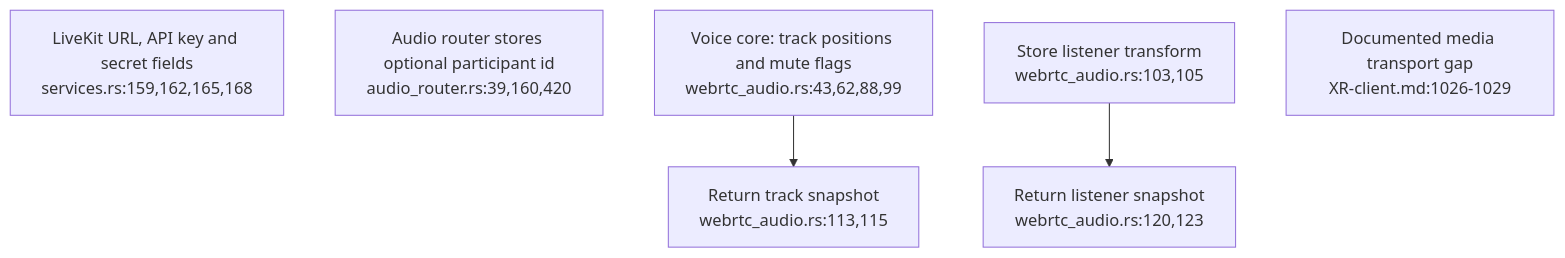
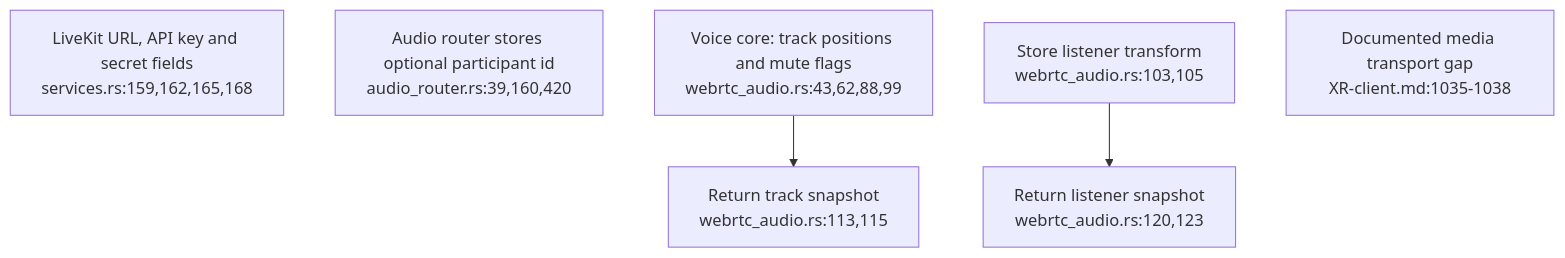
Before and after one commit to DreamLab-AI/VisionFlow: the first of 3 diagrams in docs/diagrams/visionclaw/50-deferred-space-voice.md, drawn with Mermaid. The commit also changed other lines of this file and 7 other files, not shown here.

First line of the commit message:
diagrams(visionclaw): re-verify VC-43..VC-50 at visionclaw 4900ec6

````diff
--- a/docs/diagrams/visionclaw/50-deferred-space-voice.md
+++ b/docs/diagrams/visionclaw/50-deferred-space-voice.md
@@ -28,8 +28,8 @@
 ```mermaid
 flowchart TD
     CONFIG["LiveKit URL, API key and secret fields<br/>services.rs:159,162,165,168"]
     ROUTER["Audio router stores optional participant id<br/>audio_router.rs:39,160,420"]
     TRACKS["Voice core: track positions and mute flags<br/>webrtc_audio.rs:43,62,88,99"] --> SNAP["Return track snapshot<br/>webrtc_audio.rs:113,115"]
     LISTENER["Store listener transform<br/>webrtc_audio.rs:103,105"] --> READ["Return listener snapshot<br/>webrtc_audio.rs:120,123"]
-    GAP["Documented media transport gap<br/>XR-client.md:1026-1029"]
+    GAP["Documented media transport gap<br/>XR-client.md:1035-1038"]
 ```
````
